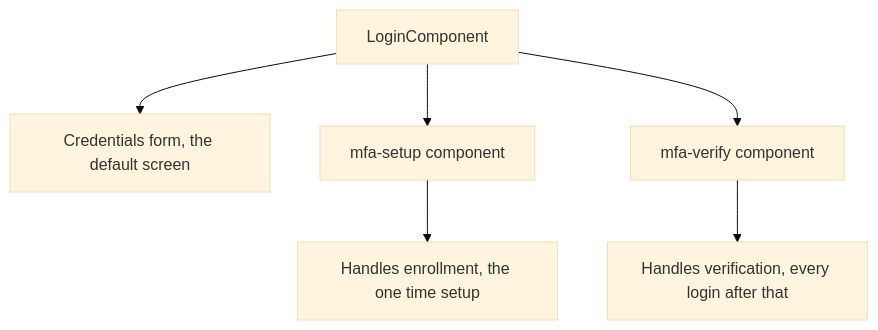
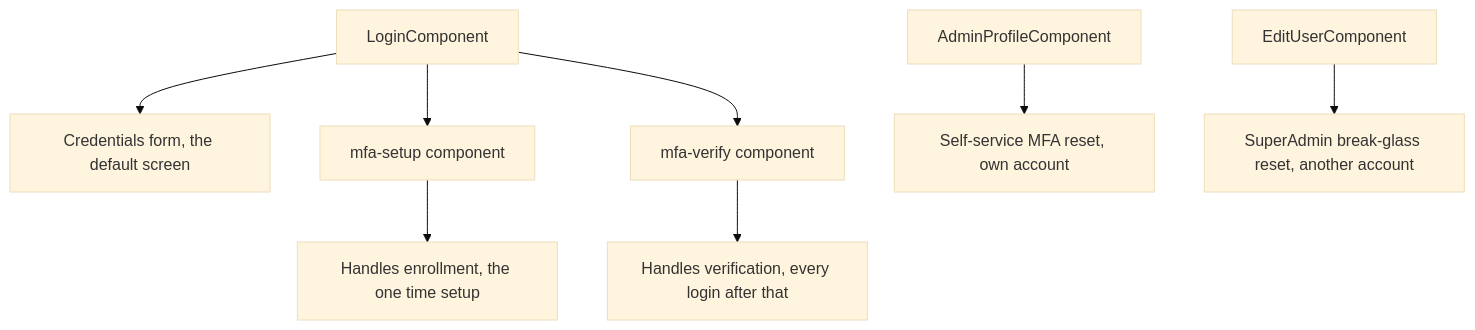
One commit to jahanalem/LinkedIn2GitHub changed the tenth of 15 diagrams in 0054_LiliShop-Security-02-MFA.md. Above: the diagram before and after it, drawn with Mermaid (base theme). The commit also changed other lines of this file, not shown here.

````diff
--- a/0054_LiliShop-Security-02-MFA.md
+++ b/0054_LiliShop-Security-02-MFA.md
@@ -928,8 +1474,10 @@
 ```mermaid
 flowchart TD
     A[LoginComponent] --> B[Credentials form, the default screen]
     A --> C[mfa-setup component]
     A --> D[mfa-verify component]
     C --> E[Handles enrollment, the one time setup]
     D --> F[Handles verification, every login after that]
+    G[AdminProfileComponent] --> H[Self-service MFA reset, own account]
+    I[EditUserComponent] --> J[SuperAdmin break-glass reset, another account]
 ```
````
